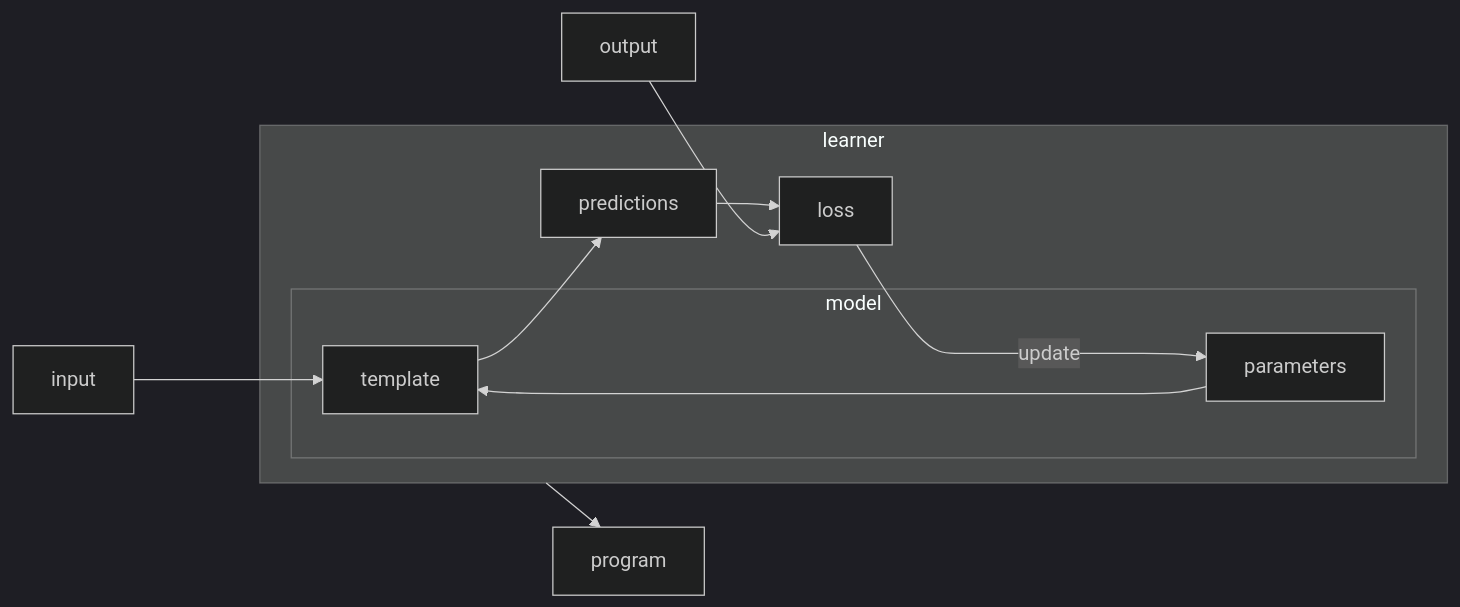
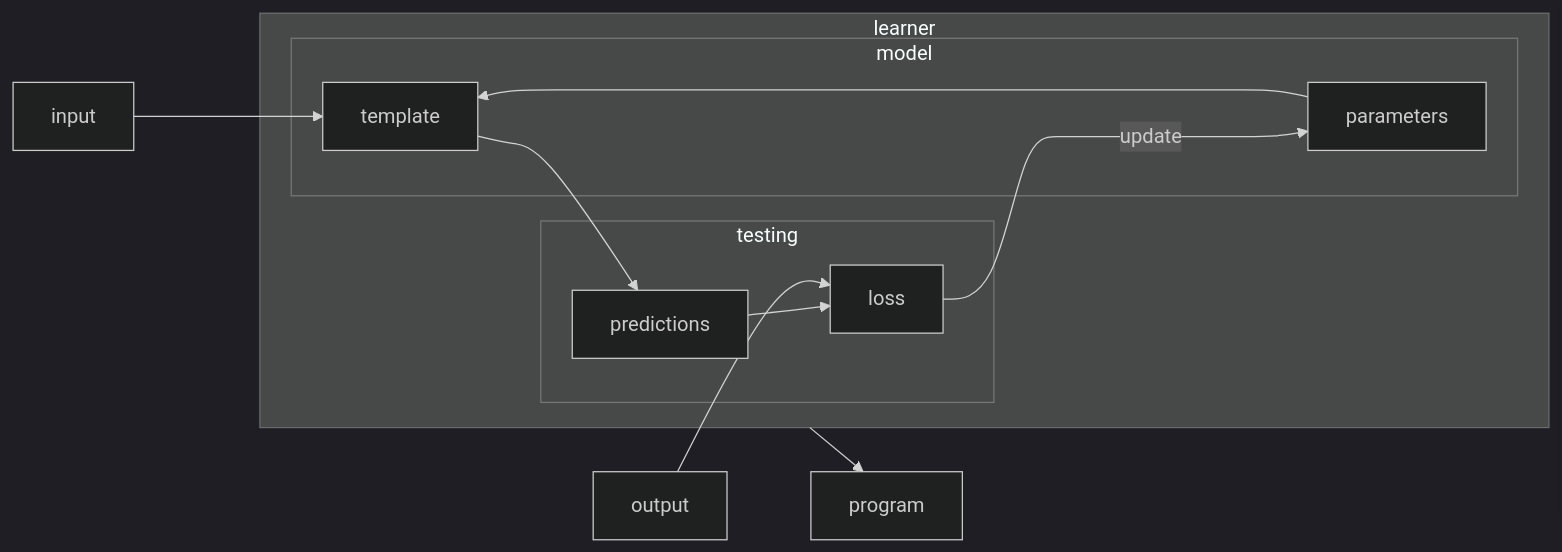
The third of 3 diagrams in _posts/2023-08-16-rivoluzione.md (nicoladerric/nicoladerric.github.io), drawn with Mermaid (dark theme) before and after one commit.

````diff
--- a/_posts/2023-08-16-rivoluzione.md
+++ b/_posts/2023-08-16-rivoluzione.md
@@ -53,14 +53,16 @@
 ```mermaid
 flowchart LR;
     input ---> template;
     subgraph learner
         subgraph model
         parameters --> template;
         end
-    template --> predictions;
-    predictions --> loss;
-    loss -----> |update|parameters;
+        subgraph testing
+        template --> predictions;
+        predictions --> loss;
+        loss -----> |update|parameters;
+        end
     end
     output --> loss;
     learner --> program
 ```
````
